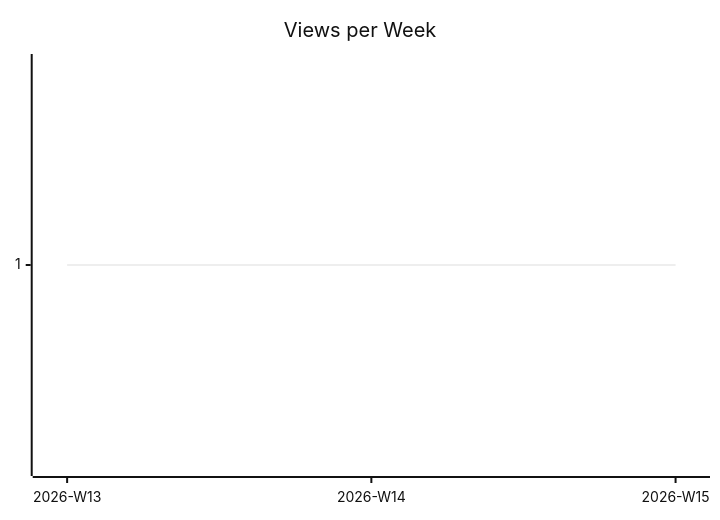
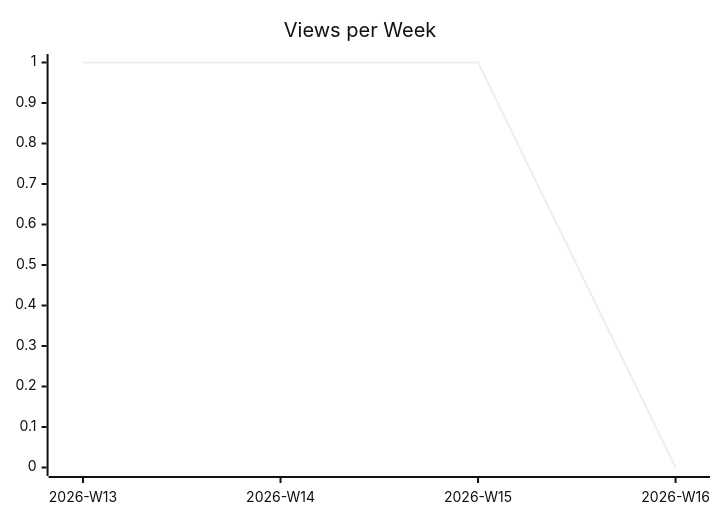
Before and after one commit to justdavis-family/github-analytics-data: the second of 3 diagrams in karlmdavis/ansible-role-jenkins2/README.md, drawn with Mermaid (neutral theme). The commit also changed other lines of this file and 176 other files, not shown here.

````diff
--- a/karlmdavis/ansible-role-jenkins2/README.md
+++ b/karlmdavis/ansible-role-jenkins2/README.md
@@ -12,6 +12,6 @@
 ```mermaid
 xychart-beta
   title "Views per Week"
-  x-axis ["2026-W13", "2026-W14", "2026-W15"]
-  line [1, 1, 1]
+  x-axis ["2026-W13", "2026-W14", "2026-W15", "2026-W16"]
+  line [1, 1, 1, 0]
 ```
````
